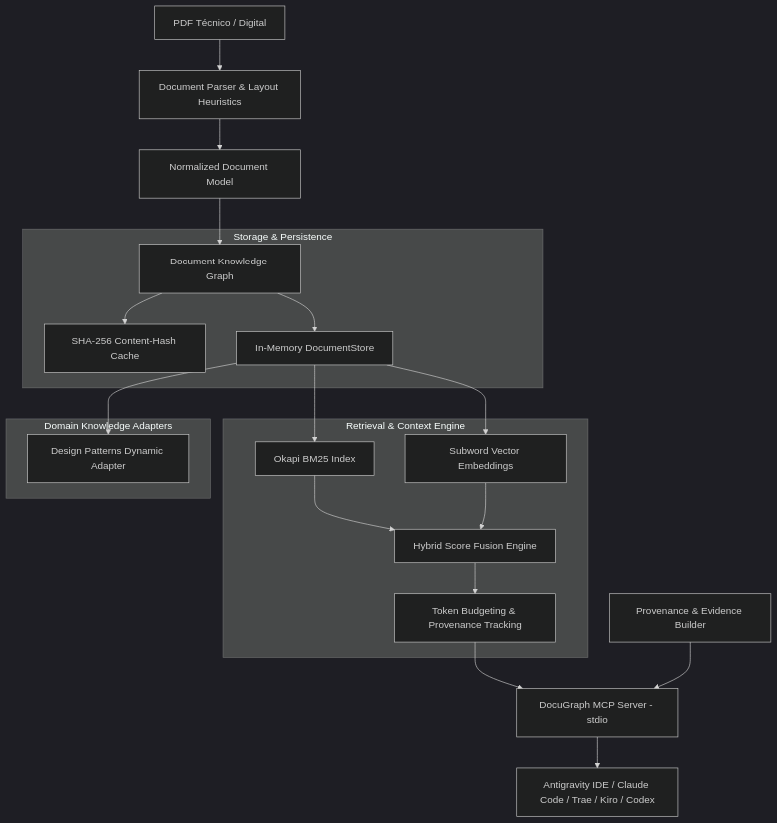
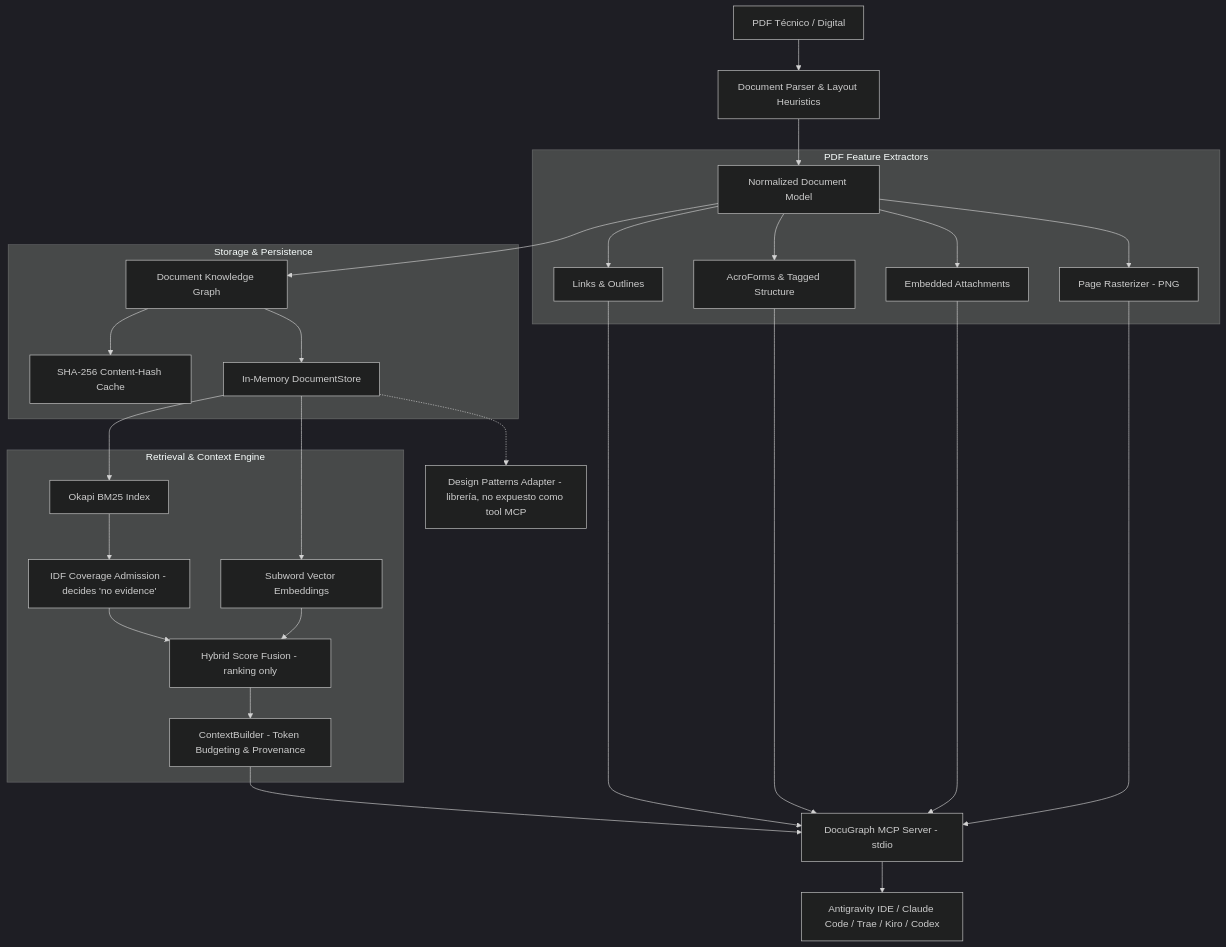
One commit to yoiberdev/docugraph-mcp changed the diagram in README.md. Above: the diagram before and after it, drawn with Mermaid (dark theme). The commit also changed other lines of this file and 1 other file, not shown here.

Commit message:
docs: sync README and CHANGELOG with the real MCP surface
The server registers 15 document_* tools. README listed 10 and never mentioned
rendering, links, forms or attachments, so milestones 5 through 9 were invisible
to a reader; CHANGELOG claimed 11 including pattern_get and pattern_compare,
which 7d936a8 removed and which exist nowhere in src/.

README gains the five missing tools, a note on what the rasterizer can and cannot
show, and a section on the new "no evidence" answer. The architecture diagram
gains the feature extractors that are core today, names ContextBuilder instead of
a non-existent EvidenceEngine, splits admission from ranking, and marks the design
patterns adapter as a library rather than drawing it in the execution path - it
is reachable only from tests, by design (docs/milestones-roadmap.md 0.5.3).

CHANGELOG becomes [Unreleased], because `git tag -l` is empty and 0.1.0 was never
released, and records the nine milestones of work that had accumulated without an
entry. docs/milestones-roadmap.md is deliberately left alone: its per-milestone
counts are historical records, not claims about today.

````diff
--- a/README.md
+++ b/README.md
@@ -31,27 +31,36 @@
 ```mermaid
 flowchart TD
     PDF[PDF Técnico / Digital] --> Parser[Document Parser & Layout Heuristics]
     Parser --> NormDoc[Normalized Document Model]
     NormDoc --> Graph[Document Knowledge Graph]
     
     subgraph Storage & Persistence
         Graph --> DiskCache[SHA-256 Content-Hash Cache]
         Graph --> DocStore[In-Memory DocumentStore]
     end
     
     subgraph Retrieval & Context Engine
         DocStore --> BM25Idx[Okapi BM25 Index]
         DocStore --> EmbeddingModel[Subword Vector Embeddings]
-        BM25Idx --> HybridEngine[Hybrid Score Fusion Engine]
+        BM25Idx --> Admission[IDF Coverage Admission - decides 'no evidence']
+        Admission --> HybridEngine[Hybrid Score Fusion - ranking only]
         EmbeddingModel --> HybridEngine
-        HybridEngine --> ContextBudget[Token Budgeting & Provenance Tracking]
+        HybridEngine --> ContextBudget[ContextBuilder - Token Budgeting & Provenance]
     end
-    
-    subgraph Domain Knowledge Adapters
-        DocStore --> DesignPatterns[Design Patterns Dynamic Adapter]
+
+    subgraph PDF Feature Extractors
+        NormDoc --> Links[Links & Outlines]
+        NormDoc --> Forms[AcroForms & Tagged Structure]
+        NormDoc --> Attach[Embedded Attachments]
+        NormDoc --> Render[Page Rasterizer - PNG]
     end
-    
+
     ContextBudget --> MCPServer[DocuGraph MCP Server - stdio]
-    EvidenceEngine[Provenance & Evidence Builder] --> MCPServer
+    Links --> MCPServer
+    Forms --> MCPServer
+    Attach --> MCPServer
+    Render --> MCPServer
     MCPServer --> Clients[Antigravity IDE / Claude Code / Trae / Kiro / Codex]
+
+    DocStore -.-> DesignPatterns[Design Patterns Adapter - librería, no expuesto como tool MCP]
 ```
````
